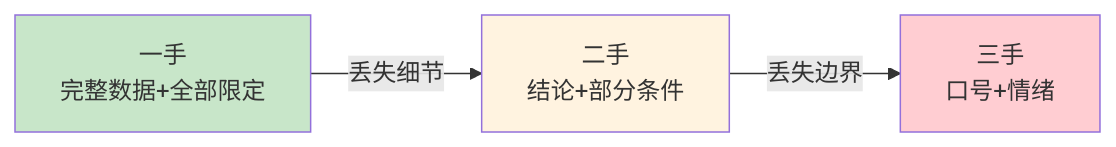
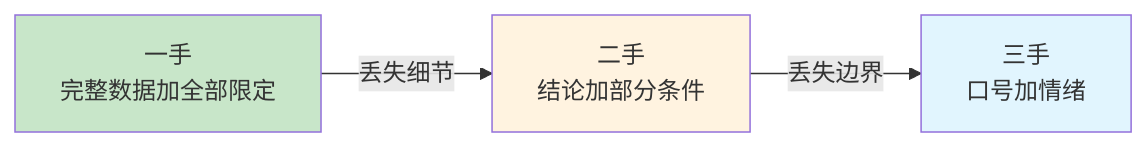
The fourth of 6 diagrams in packages/website/11.书籍/04.自我精进·学习/08.建立优质信息源.md (chongyang211/YCBookBlog), drawn with Mermaid before and after one commit. The commit also changed other lines of this file and 17 other files, not shown here.

````diff
--- a/packages/website/11.书籍/04.自我精进·学习/08.建立优质信息源.md
+++ b/packages/website/11.书籍/04.自我精进·学习/08.建立优质信息源.md
@@ -125,8 +128,8 @@
 ```mermaid
 graph LR
-    A["一手<br/>完整数据+全部限定"] -->|丢失细节| B["二手<br/>结论+部分条件"]
-    B -->|丢失边界| C["三手<br/>口号+情绪"]
+    A[一手<br/>完整数据加全部限定] -->|丢失细节| B[二手<br/>结论加部分条件]
+    B -->|丢失边界| C[三手<br/>口号加情绪]
     style A fill:#c8e6c9
     style B fill:#fff3e0
-    style C fill:#ffcdd2
+    style C fill:#e1f5fe
 ```
````
